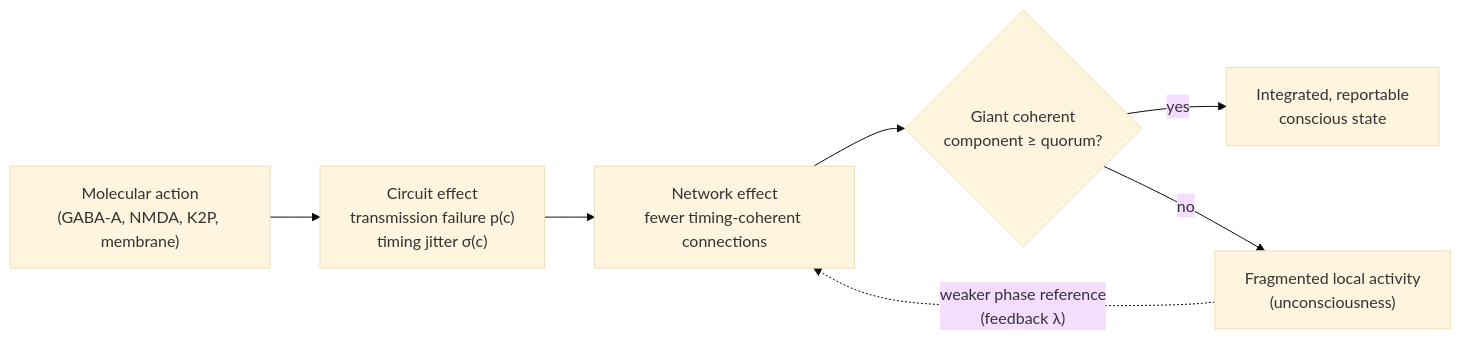
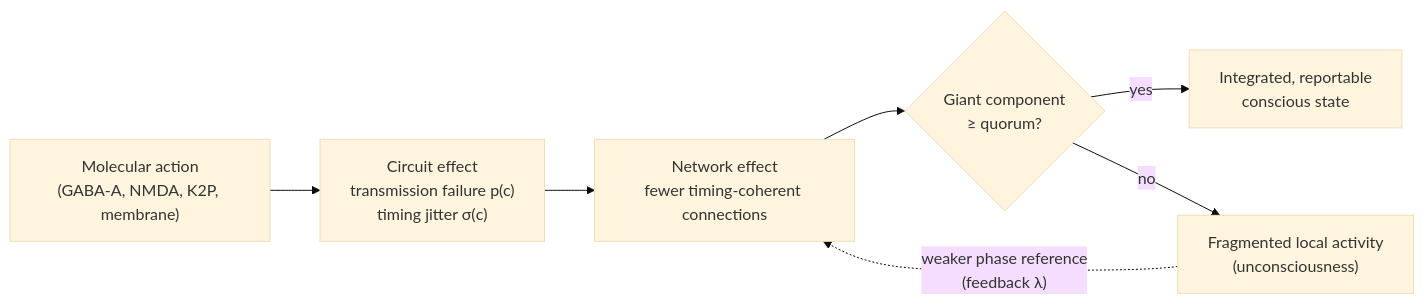
Before and after one commit to DrGabriel/neuroscience: the diagram in README.md, drawn with Mermaid (base theme). The commit also changed other lines of this file and 113 other files, not shown here.

````diff
--- a/README.md
+++ b/README.md
@@ -13,9 +13,9 @@
 ```mermaid
 flowchart LR
     A["Molecular action<br/>(GABA-A, NMDA, K2P, membrane)"] --> B["Circuit effect<br/>transmission failure p(c)<br/>timing jitter σ(c)"]
     B --> C["Network effect<br/>fewer timing-coherent connections"]
-    C --> D{"Giant coherent<br/>component ≥ quorum?"}
+    C --> D{"Giant component<br/>≥ quorum?"}
     D -- yes --> E["Integrated, reportable<br/>conscious state"]
     D -- no --> F["Fragmented local activity<br/>(unconsciousness)"]
     F -. "weaker phase reference<br/>(feedback λ)" .-> C
 ```
````
